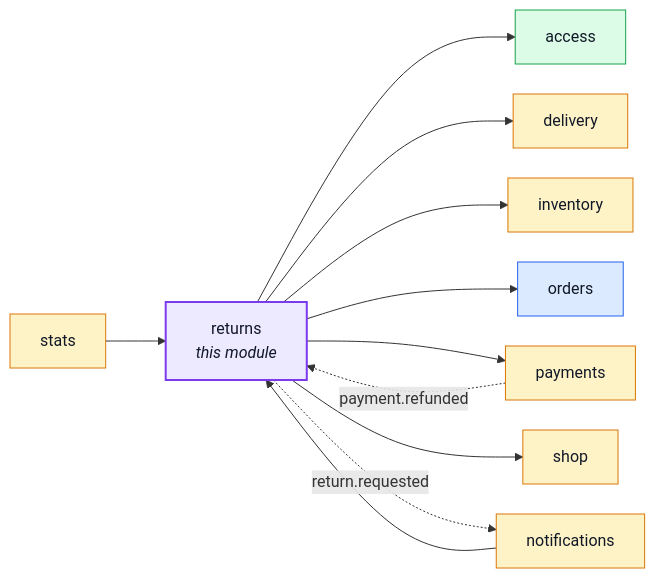
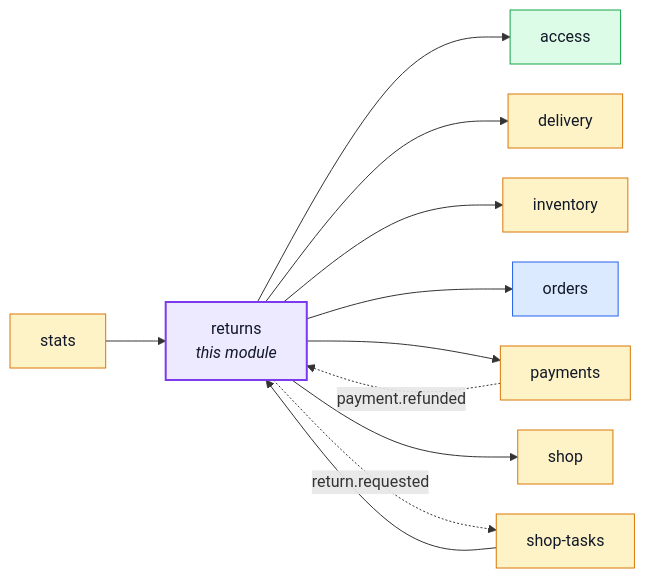
One commit to Guebbit/boilerplate-node-backend changed the first of 6 diagrams in docs/modules/returns.md. Above: the diagram before and after it, drawn with Mermaid. The commit also changed 107 other files, not shown here.

First line of the commit message:
refactor(shop-tasks): move the shop's to-dos and notices into their own module

````diff
--- a/docs/modules/returns.md
+++ b/docs/modules/returns.md
@@ -23,33 +23,33 @@
 ```mermaid
 %%{init: {'flowchart': {'nodeSpacing': 30, 'rankSpacing': 60}}}%%
 flowchart LR
     returns["returns<br/><i>this module</i>"]
     access["access"]
     delivery["delivery"]
     inventory["inventory"]
-    notifications["notifications"]
     orders["orders"]
     payments["payments"]
     shop["shop"]
+    shop_tasks["shop-tasks"]
     stats["stats"]
 
-    notifications --> returns
+    shop_tasks --> returns
     stats --> returns
     returns --> access
     returns --> delivery
     returns --> inventory
     returns --> orders
     returns --> payments
     returns --> shop
     payments -. "payment.refunded" .-> returns
-    returns -. "return.requested" .-> notifications
+    returns -. "return.requested" .-> shop_tasks
 
     classDef core fill:#dbeafe,stroke:#2563eb,color:#111827;
     classDef supporting fill:#fef3c7,stroke:#d97706,color:#111827;
     classDef generic fill:#dcfce7,stroke:#16a34a,color:#111827;
     classDef centre fill:#ede9fe,stroke:#7c3aed,stroke-width:2px,color:#111827;
     class orders core;
-    class delivery,inventory,notifications,payments,shop,stats supporting;
+    class delivery,inventory,payments,shop,shop_tasks,stats supporting;
     class access generic;
     class returns centre;
 ```
````
